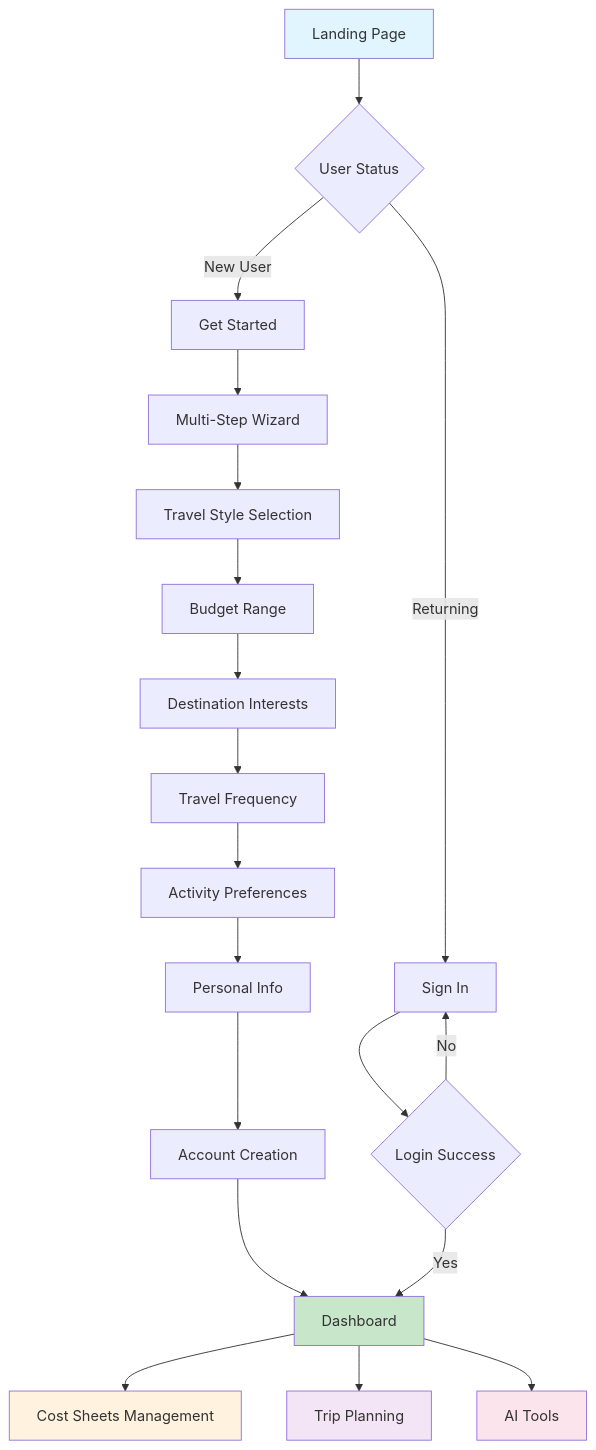
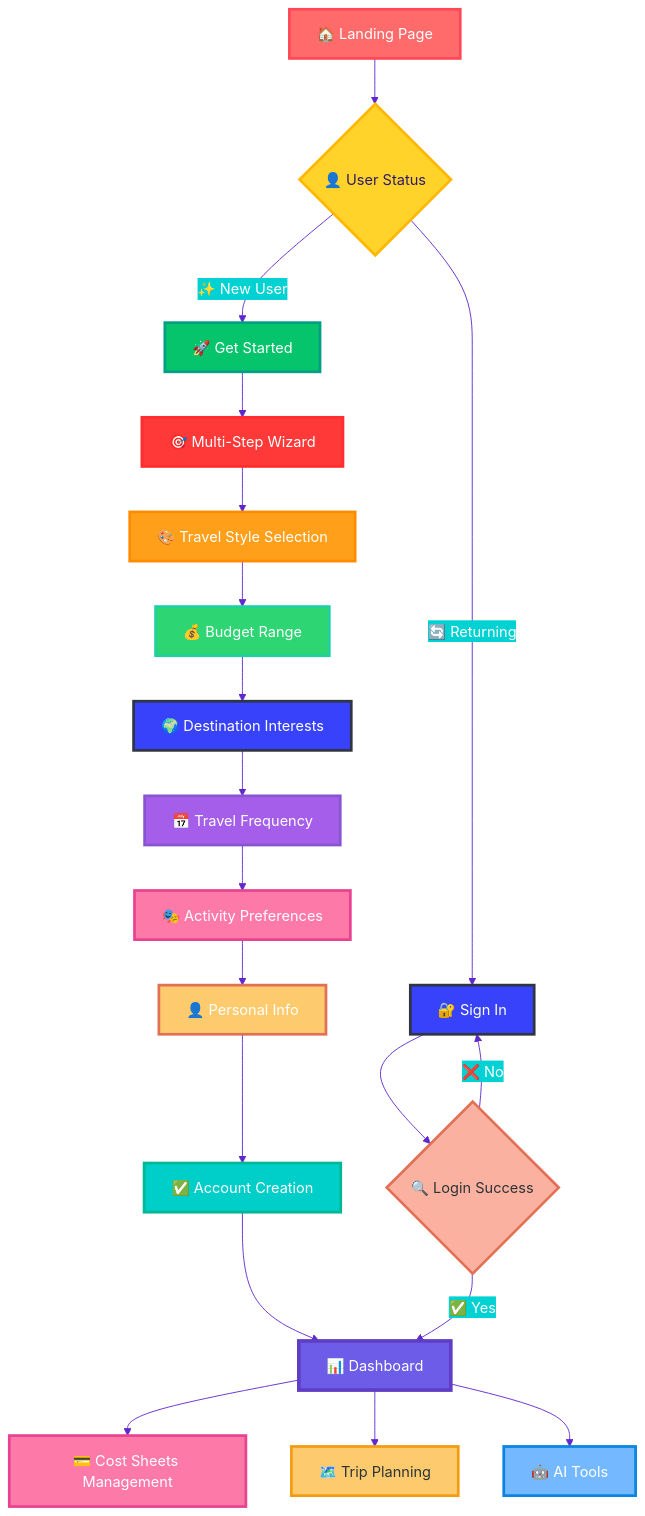
The first of 15 diagrams in budget-travel/MERMAID_UI_UX_FLOWS.md (shihabsararrafid/budget-travel), drawn with Mermaid before and after one commit. The commit also changed other lines of this file, not shown here.

Commit message:
Implement feature X to enhance user experience and fix bug Y in module Z

````diff
--- a/budget-travel/MERMAID_UI_UX_FLOWS.md
+++ b/budget-travel/MERMAID_UI_UX_FLOWS.md
@@ -7,30 +7,43 @@
 ```mermaid
+%%{init: {'theme':'base', 'themeVariables': { 'primaryColor': '#ff6b6b', 'primaryTextColor': '#fff', 'primaryBorderColor': '#ff4757', 'lineColor': '#5f27cd', 'secondaryColor': '#00d2d3', 'tertiaryColor': '#ff9ff3'}}}%%
 flowchart TD
-    A[Landing Page] --> B{User Status}
-    B -->|New User| C[Get Started]
-    B -->|Returning| D[Sign In]
+    A["🏠 Landing Page"] --> B{"👤 User Status"}
+    B -->|"✨ New User"| C["🚀 Get Started"]
+    B -->|"🔄 Returning"| D["🔐 Sign In"]
     
-    C --> E[Multi-Step Wizard]
-    E --> F[Travel Style Selection]
-    F --> G[Budget Range]
-    G --> H[Destination Interests]
-    H --> I[Travel Frequency]
-    I --> J[Activity Preferences]
-    J --> K[Personal Info]
-    K --> L[Account Creation]
-    L --> M[Dashboard]
+    C --> E["🎯 Multi-Step Wizard"]
+    E --> F["🎨 Travel Style Selection"]
+    F --> G["💰 Budget Range"]
+    G --> H["🌍 Destination Interests"]
+    H --> I["📅 Travel Frequency"]
+    I --> J["🎭 Activity Preferences"]
+    J --> K["👤 Personal Info"]
+    K --> L["✅ Account Creation"]
+    L --> M["📊 Dashboard"]
     
-    D --> N{Login Success}
-    N -->|Yes| M
-    N -->|No| D
+    D --> N{"🔍 Login Success"}
+    N -->|"✅ Yes"| M
+    N -->|"❌ No"| D
     
-    M --> O[Cost Sheets Management]
-    M --> P[Trip Planning]
-    M --> Q[AI Tools]
+    M --> O["💳 Cost Sheets Management"]
+    M --> P["🗺️ Trip Planning"]
+    M --> Q["🤖 AI Tools"]
     
-    style A fill:#e1f5fe
-    style M fill:#c8e6c9
-    style O fill:#fff3e0
-    style P fill:#f3e5f5
-    style Q fill:#fce4ec
+    style A fill:#ff6b6b,stroke:#ff4757,stroke-width:3px,color:#fff
+    style B fill:#ffd32a,stroke:#ffb700,stroke-width:3px,color:#2f1b69
+    style C fill:#05c46b,stroke:#00a085,stroke-width:3px,color:#fff
+    style D fill:#3742fa,stroke:#2f3542,stroke-width:3px,color:#fff
+    style E fill:#ff3838,stroke:#ff2d2d,stroke-width:3px,color:#fff
+    style F fill:#ff9f1a,stroke:#ff8c00,stroke-width:3px,color:#fff
+    style G fill:#2ed573,stroke:#1dd1a1,stroke-width:3px,color:#fff
+    style H fill:#3742fa,stroke:#2f3542,stroke-width:3px,color:#fff
+    style I fill:#a55eea,stroke:#8854d0,stroke-width:3px,color:#fff
+    style J fill:#fd79a8,stroke:#e84393,stroke-width:3px,color:#fff
+    style K fill:#fdcb6e,stroke:#e17055,stroke-width:3px,color:#fff
+    style L fill:#00cec9,stroke:#00b894,stroke-width:3px,color:#fff
+    style M fill:#6c5ce7,stroke:#5f3dc4,stroke-width:4px,color:#fff
+    style N fill:#fab1a0,stroke:#e17055,stroke-width:3px,color:#2d3436
+    style O fill:#fd79a8,stroke:#e84393,stroke-width:3px,color:#fff
+    style P fill:#fdcb6e,stroke:#f39c12,stroke-width:3px,color:#2d3436
+    style Q fill:#74b9ff,stroke:#0984e3,stroke-width:3px,color:#fff
 ```
````
